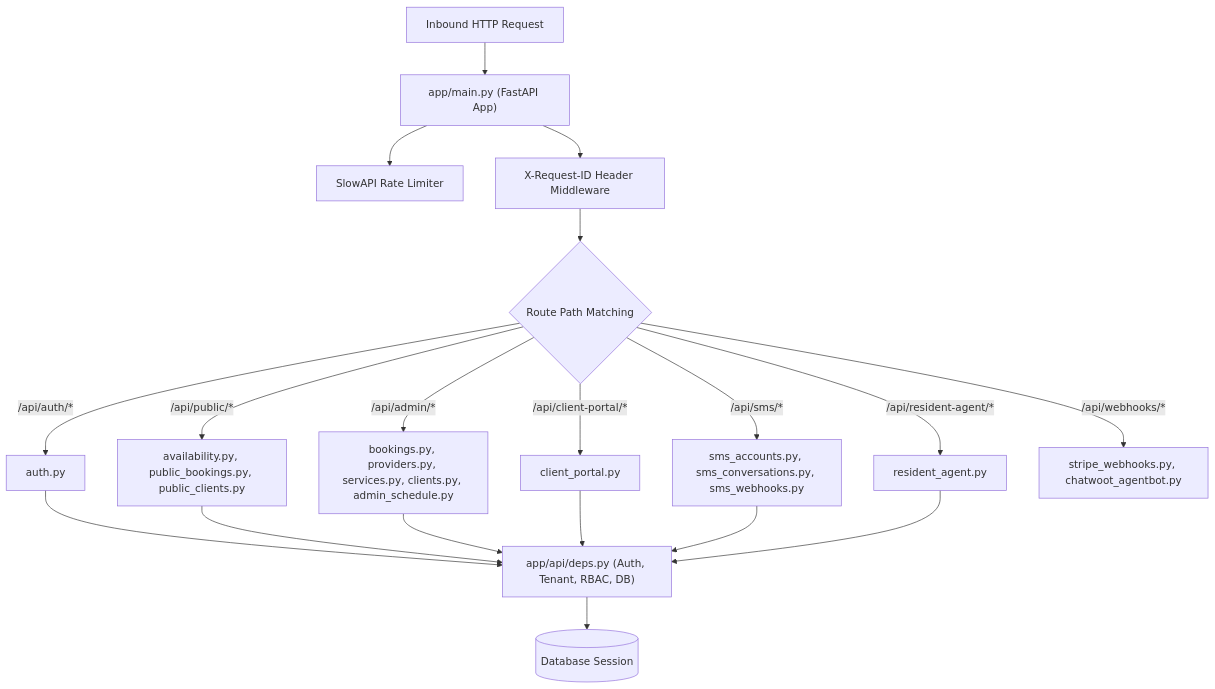
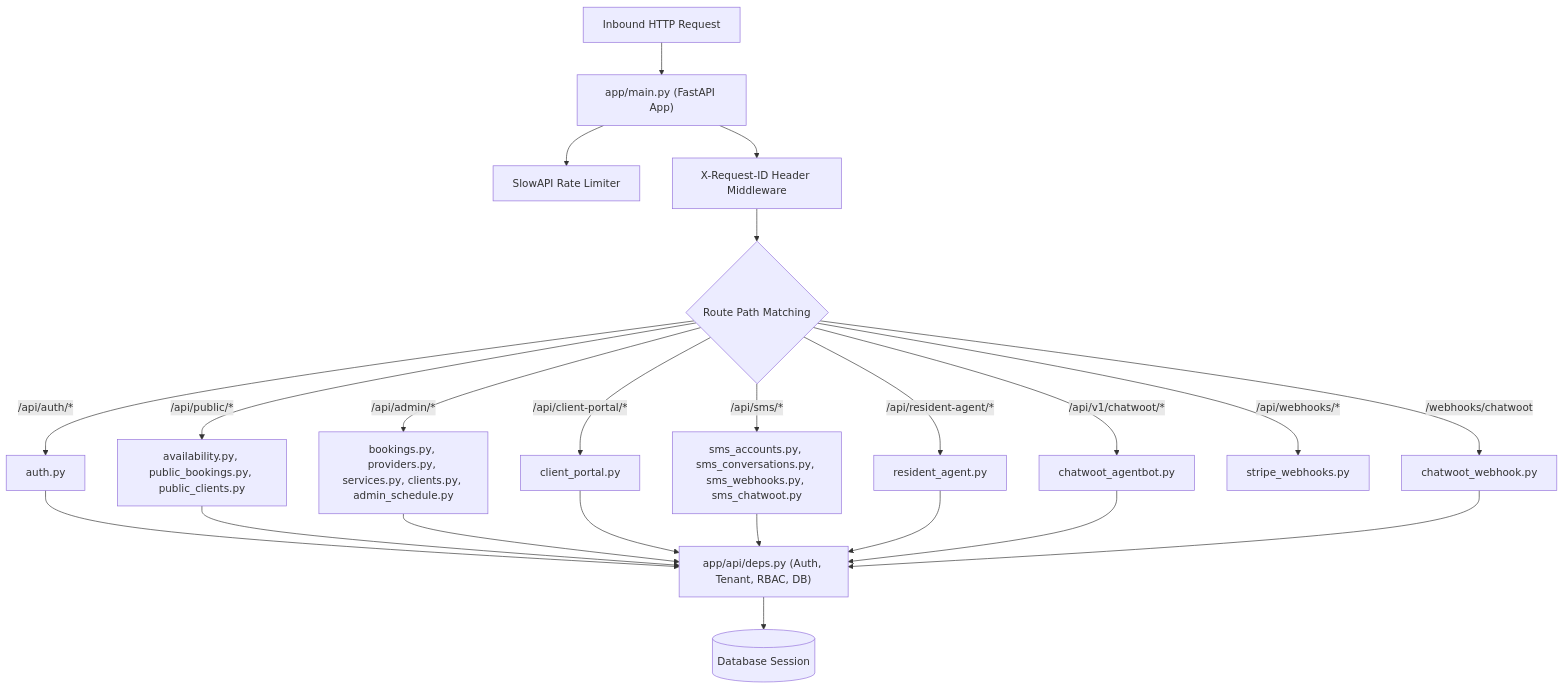
One commit to elle4a69/fastapi_bookings changed the diagram in app/api/routers/README.md. Above: the diagram before and after it, drawn with Mermaid. The commit also changed other lines of this file and 30 other files, not shown here.

Commit message:
feat(chatwoot-travel): multi-tenant chatwoot sync, flexible travel pricing, and uber integration

````diff
--- a/app/api/routers/README.md
+++ b/app/api/routers/README.md
@@ -24,18 +24,20 @@
 ```mermaid
 graph TD
     ClientReq["Inbound HTTP Request"] --> MainApp["app/main.py (FastAPI App)"]
     MainApp --> RateLimit["SlowAPI Rate Limiter"]
     MainApp --> CorrID["X-Request-ID Header Middleware"]
     CorrID --> RouterGroup{"Route Path Matching"}
 
     RouterGroup -->|"/api/auth/*"| AuthRouter["auth.py"]
     RouterGroup -->|"/api/public/*"| PublicRouters["availability.py, public_bookings.py, public_clients.py"]
     RouterGroup -->|"/api/admin/*"| AdminRouters["bookings.py, providers.py, services.py, clients.py, admin_schedule.py"]
     RouterGroup -->|"/api/client-portal/*"| PortalRouter["client_portal.py"]
-    RouterGroup -->|"/api/sms/*"| SMSRouters["sms_accounts.py, sms_conversations.py, sms_webhooks.py"]
+    RouterGroup -->|"/api/sms/*"| SMSRouters["sms_accounts.py, sms_conversations.py, sms_webhooks.py, sms_chatwoot.py"]
     RouterGroup -->|"/api/resident-agent/*"| AgentRouter["resident_agent.py"]
-    RouterGroup -->|"/api/webhooks/*"| WebhookRouters["stripe_webhooks.py, chatwoot_agentbot.py"]
+    RouterGroup -->|"/webhooks/chatwoot"| ChatwootWebhookRouter["chatwoot_webhook.py"]
+    RouterGroup -->|"/api/webhooks/*"| WebhookRouters["stripe_webhooks.py"]
+    RouterGroup -->|"/api/v1/chatwoot/*"| ChatwootAgentBotRouter["chatwoot_agentbot.py"]
 
-    AuthRouter & PublicRouters & AdminRouters & PortalRouter & SMSRouters & AgentRouter --> Deps["app/api/deps.py (Auth, Tenant, RBAC, DB)"]
+    AuthRouter & PublicRouters & AdminRouters & PortalRouter & SMSRouters & AgentRouter & ChatwootAgentBotRouter & ChatwootWebhookRouter --> Deps["app/api/deps.py (Auth, Tenant, RBAC, DB)"]
     Deps --> DB[(Database Session)]
 ```
````
